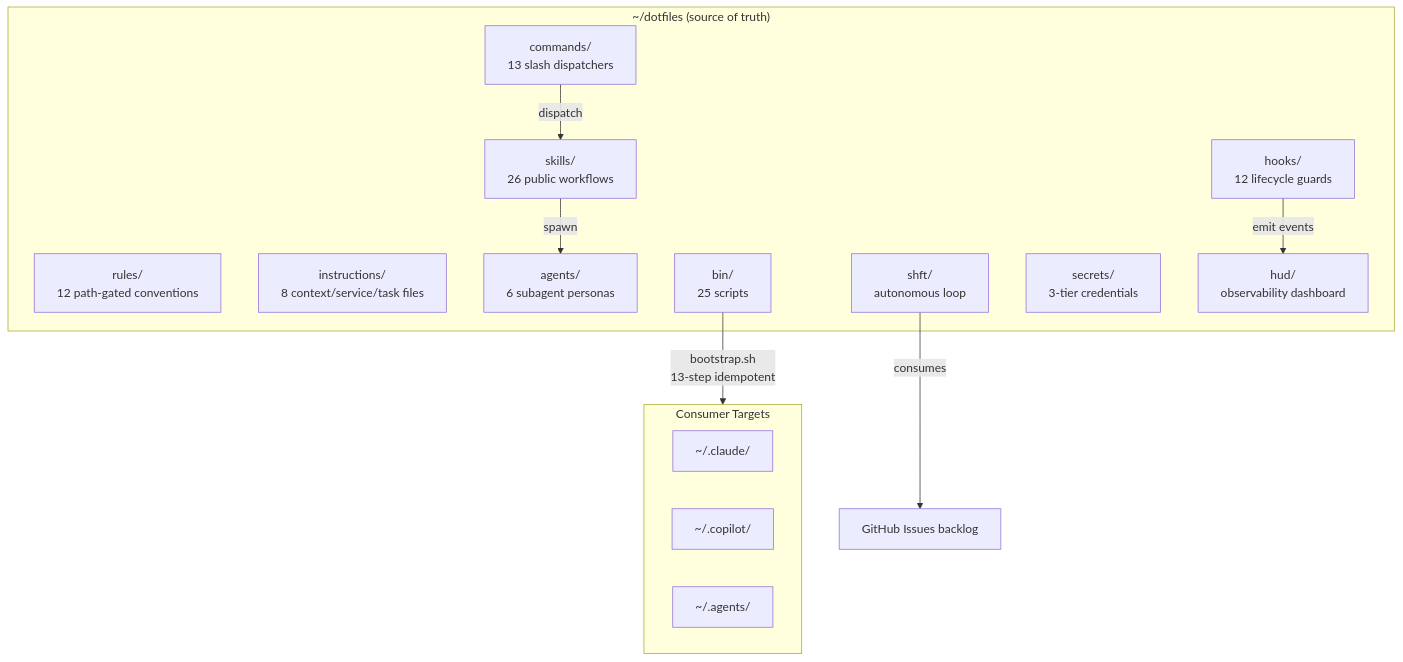
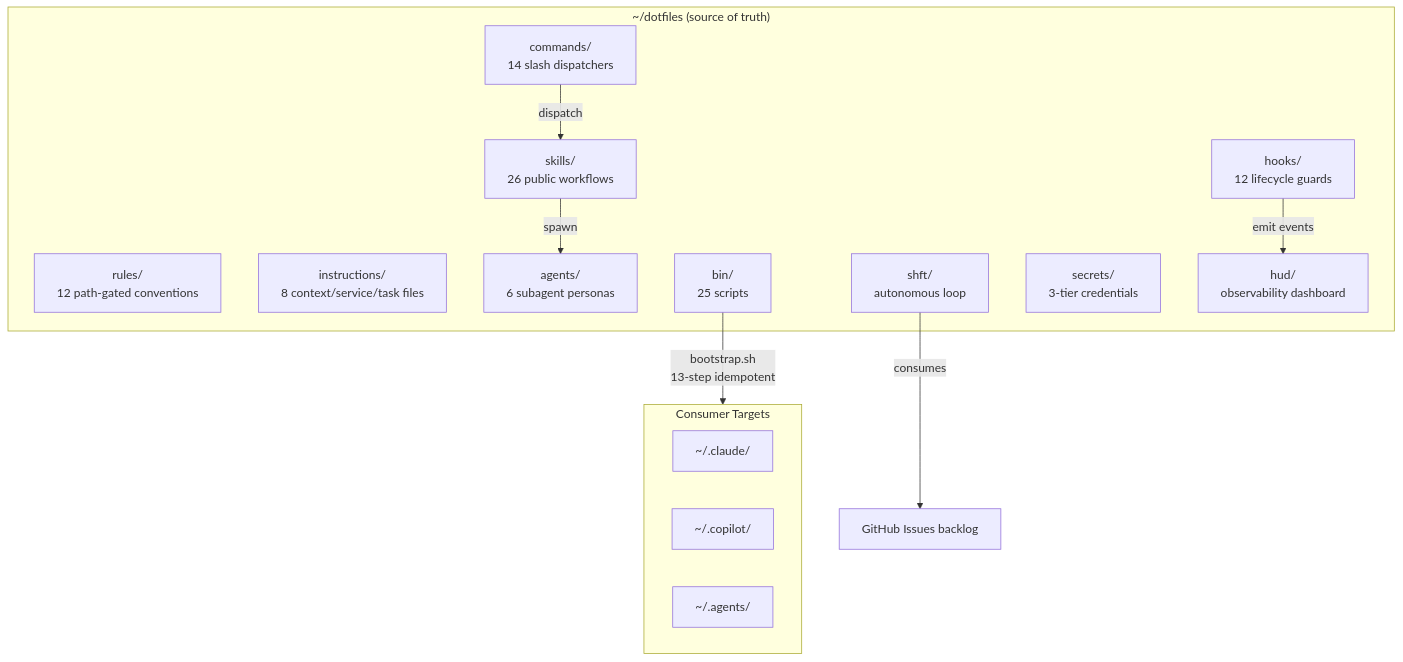
The diagram in docs/ARCHITECTURE.md (arndvs/ctrlshft), drawn with Mermaid before and after one commit. The commit also changed other lines of this file and 1 other file, not shown here.

Commit message:
fix(review): stale cmd count, piped-install sh -s, printenv credential bypass
- docs/ARCHITECTURE.md: update command count 13→14 (diagram + table)
- hooks/secret-guard.sh: piped-install regex allows optional args after
  sh/bash (catches 'sh -s --' form)
- hooks/secret-guard.sh: add targeted printenv credential-name check
  (blocks 'printenv SECRET_KEY' alongside bare env dump guard)

````diff
--- a/docs/ARCHITECTURE.md
+++ b/docs/ARCHITECTURE.md
@@ -12,27 +12,27 @@
 ```mermaid
 graph TB
     subgraph "~/dotfiles (source of truth)"
         RULES["rules/<br/>12 path-gated conventions"]
         INST["instructions/<br/>8 context/service/task files"]
         SKILLS["skills/<br/>26 public workflows"]
         AGENTS["agents/<br/>6 subagent personas"]
-        CMDS["commands/<br/>13 slash dispatchers"]
+        CMDS["commands/<br/>14 slash dispatchers"]
         HOOKS["hooks/<br/>12 lifecycle guards"]
         BIN["bin/<br/>25 scripts"]
         SHFT["shft/<br/>autonomous loop"]
         SECRETS["secrets/<br/>3-tier credentials"]
         HUD["hud/<br/>observability dashboard"]
     end
 
     BIN -->|"bootstrap.sh<br/>13-step idempotent"| CONSUMERS
     subgraph CONSUMERS["Consumer Targets"]
         CLAUDE["~/.claude/"]
         COPILOT["~/.copilot/"]
         AGENTSDIR["~/.agents/"]
     end
 
     CMDS -->|"dispatch"| SKILLS
     SKILLS -->|"spawn"| AGENTS
     HOOKS -->|"emit events"| HUD
     SHFT -->|"consumes"| ISSUES["GitHub Issues backlog"]
 ```
````
